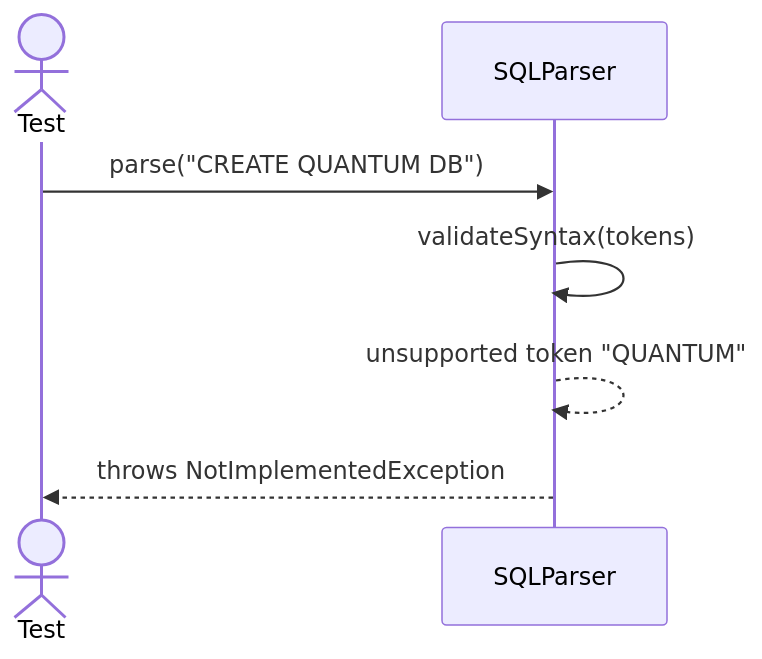
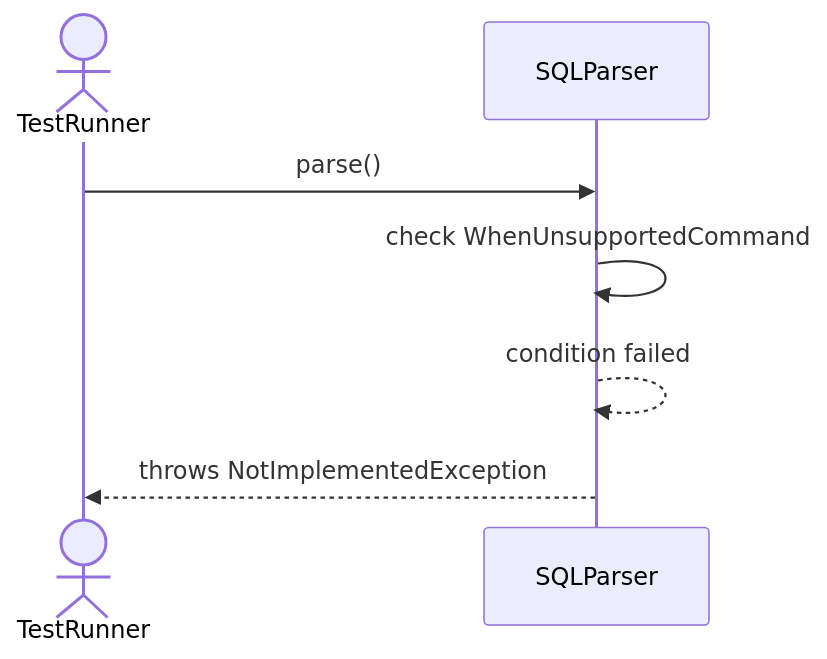
Before and after one commit to TamBui1706/DBMS: the third of 7 diagrams in Sequences/QueryProcessor/SQLParser.md, drawn with Mermaid. The commit also changed other lines of this file and 63 other files, not shown here.

Commit message:
Draw sequence diagram for unit tests

````diff
--- a/Sequences/QueryProcessor/SQLParser.md
+++ b/Sequences/QueryProcessor/SQLParser.md
@@ -49,10 +39,9 @@
 ```mermaid
 sequenceDiagram
-    actor Test
+    actor TestRunner
     participant SQLParser
-
-    Test->>SQLParser: parse("CREATE QUANTUM DB")
-    SQLParser->>SQLParser: validateSyntax(tokens)
-    SQLParser-->>SQLParser: unsupported token "QUANTUM"
-    SQLParser-->>Test: throws NotImplementedException
+    TestRunner->>SQLParser: parse()
+    SQLParser->>SQLParser: check WhenUnsupportedCommand
+    SQLParser-->>SQLParser: condition failed
+    SQLParser-->>TestRunner: throws NotImplementedException
 ```
````
